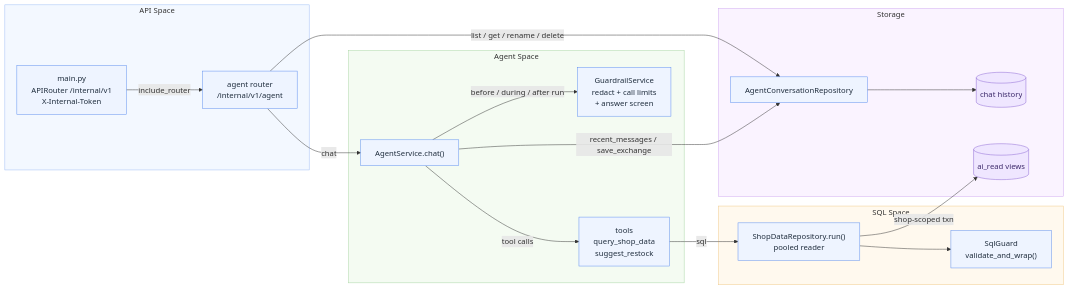
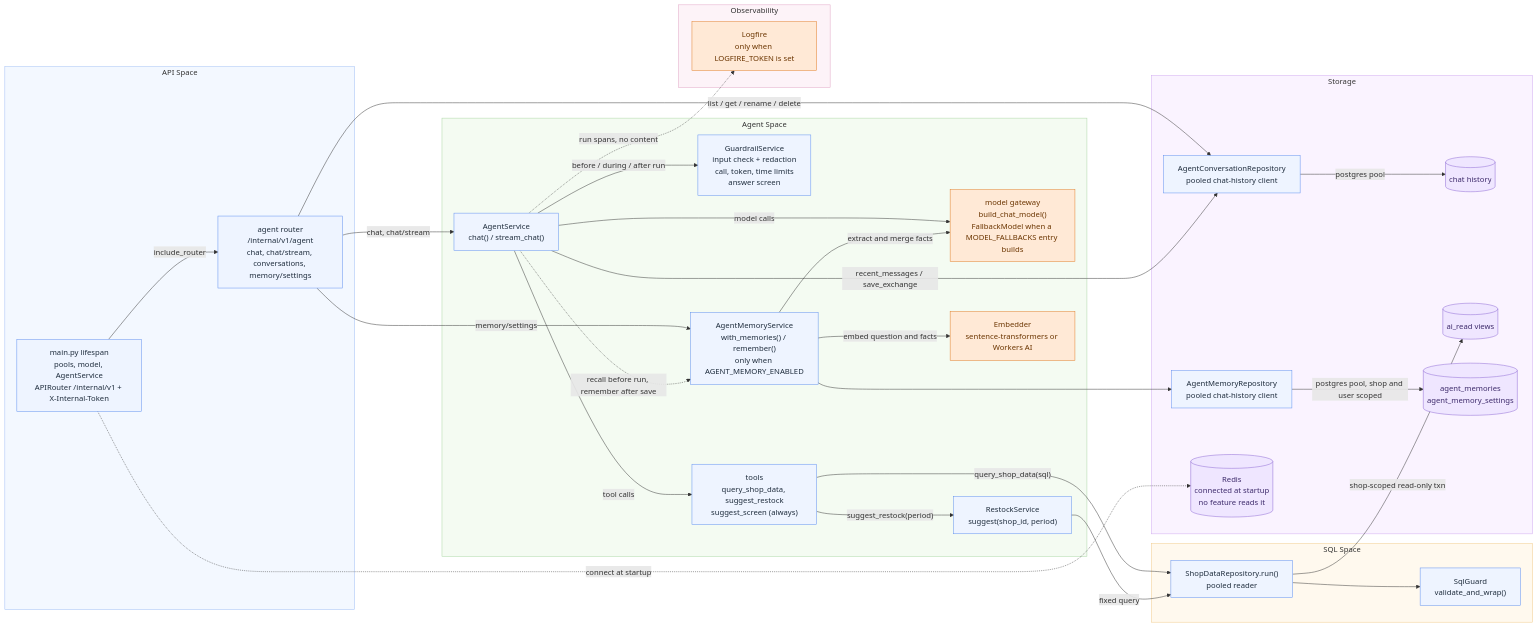
One commit to miphu2804/smart-ledger changed diagram 13 of 14 in docs/architecture/service-walkthrough/README.md. Above: the diagram before and after it, drawn with Mermaid. The commit also changed other lines of this file and 19 other files, not shown here.

Commit message:
docs(ai): sync docs and diagrams with the ai service

````diff
--- a/docs/architecture/service-walkthrough/README.md
+++ b/docs/architecture/service-walkthrough/README.md
@@ -559,45 +561,68 @@
 ```mermaid
 flowchart LR
     subgraph API["API Space"]
-        MAIN["main.py<br/>APIRouter /internal/v1<br/>X-Internal-Token"]
-        ROUTER["agent router<br/>/internal/v1/agent"]
+        MAIN["main.py lifespan<br/>pools, model, AgentService<br/>APIRouter /internal/v1 + X-Internal-Token"]
+        ROUTER["agent router<br/>/internal/v1/agent<br/>chat, chat/stream, conversations, memory/settings"]
     end
 
     subgraph Agent["Agent Space"]
-        SVC["AgentService.chat()"]
-        GUARD["GuardrailService<br/>redact + call limits<br/>+ answer screen"]
-        TOOLS["tools<br/>query_shop_data<br/>suggest_restock"]
+        SVC["AgentService<br/>chat() / stream_chat()"]
+        GUARD["GuardrailService<br/>input check + redaction<br/>call, token, time limits<br/>answer screen"]
+        MODEL["model gateway<br/>build_chat_model()<br/>FallbackModel when a MODEL_FALLBACKS entry builds"]
+        TOOLS["tools<br/>query_shop_data, suggest_restock<br/>suggest_screen (always)"]
+        RESTOCK["RestockService<br/>suggest(shop_id, period)"]
+        MEM["AgentMemoryService<br/>with_memories() / remember()<br/>only when AGENT_MEMORY_ENABLED"]
+        EMB["Embedder<br/>sentence-transformers or Workers AI"]
     end
 
     subgraph SQL["SQL Space"]
         EXEC["ShopDataRepository.run()<br/>pooled reader"]
         SG["SqlGuard<br/>validate_and_wrap()"]
     end
 
     subgraph Store["Storage"]
-        REPO["AgentConversationRepository"]
+        REPO["AgentConversationRepository<br/>pooled chat-history client"]
         PG[("chat history")]
         VIEWS[("ai_read views")]
+        MREPO["AgentMemoryRepository<br/>pooled chat-history client"]
+        MEMDB[("agent_memories<br/>agent_memory_settings")]
+        REDIS[("Redis<br/>connected at startup<br/>no feature reads it")]
+    end
+
+    subgraph Obs["Observability"]
+        LF["Logfire<br/>only when LOGFIRE_TOKEN is set"]
     end
 
     MAIN -->|"include_router"| ROUTER
-    ROUTER -->|"chat"| SVC
+    MAIN -.->|"connect at startup"| REDIS
+    ROUTER -->|"chat, chat/stream"| SVC
     ROUTER -->|"list / get / rename / delete"| REPO
     SVC -->|"before / during / after run"| GUARD
+    SVC -->|"model calls"| MODEL
     SVC -->|"tool calls"| TOOLS
     SVC -->|"recent_messages / save_exchange"| REPO
-    TOOLS -->|"sql"| EXEC --> SG
-    EXEC -->|"shop-scoped txn"| VIEWS
-    REPO --> PG
+    SVC -.->|"run spans, no content"| LF
+    TOOLS -->|"query_shop_data(sql)"| EXEC
+    TOOLS -->|"suggest_restock(period)"| RESTOCK -->|"fixed query"| EXEC
+    EXEC --> SG
+    EXEC -->|"shop-scoped read-only txn"| VIEWS
+    REPO -->|"postgres pool"| PG
+    ROUTER -->|"memory/settings"| MEM
+    SVC -.->|"recall before run, remember after save"| MEM
+    MEM -->|"embed question and facts"| EMB
+    MEM -->|"extract and merge facts"| MODEL
+    MEM --> MREPO -->|"postgres pool, shop and user scoped"| MEMDB
     classDef default fill:#eef4ff,stroke:#5b8def,color:#1f2d3d
     classDef decision fill:#fff4cc,stroke:#d4a017,color:#5c4400
     classDef error fill:#fde2e1,stroke:#d9534f,color:#8a1f1b
     classDef terminal fill:#dff5e3,stroke:#3c9d5d,color:#1e5631
     classDef store fill:#efe6ff,stroke:#8a63d2,color:#3d2a6b
     classDef shared fill:#ffe9d6,stroke:#e07b24,color:#6b3500
-    class PG,VIEWS store
+    class PG,VIEWS,REDIS,MEMDB store
+    class MODEL,LF,EMB shared
     style API fill:#f3f8ff,stroke:#9dbcf5
     style Agent fill:#f4fbf2,stroke:#a8d5a2
     style SQL fill:#fff9ee,stroke:#f0c987
     style Store fill:#faf3ff,stroke:#cfa8f0
+    style Obs fill:#fdf3f8,stroke:#e0a3c4
 ```
````
